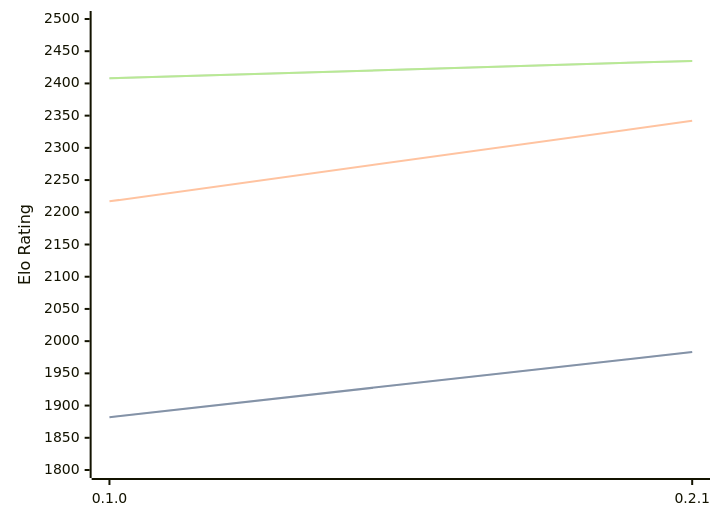
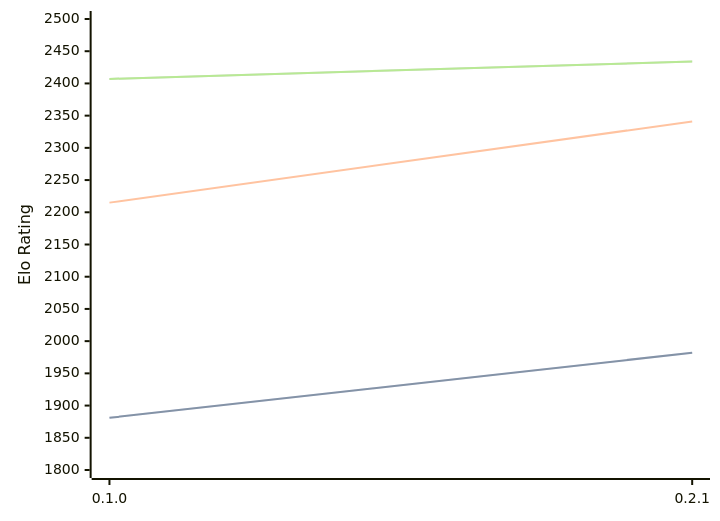
Before and after one commit to computer-chess-index/cci: the third of 3 diagrams in engines/Sykora.md, drawn with Mermaid. The commit also changed other lines of this file, not shown here.

Commit message:
Update CCI Ratings (ELO VLTC) - 2026-06-26

````diff
--- a/engines/Sykora.md
+++ b/engines/Sykora.md
@@ -66,11 +66,11 @@
 ```mermaid
 %%{init: {"theme":"base","themeVariables":{"seriesColors:['#a3a3a3','#222221','#faa371']}}}%%
 xychart-beta
   x-axis ["0.1.0", "0.2.1"]
   y-axis "Elo Rating" 1800 --> 2500
-  line "STC (8.0+0.08s)" [1882, 1983]
-  line "STC (8.0+0.08s)" [1882, 1983]
-  line "LTC (60.0+0.60s)" [2217, 2342]
-  line "VLTC (2m24s+1.12s)" [2408, 2435]
-  line "VLTC (2m24s+1.12s)" [2408, 2435]
+  line "STC (8.0+0.08s)" [1881, 1982]
+  line "STC (8.0+0.08s)" [1881, 1982]
+  line "LTC (60.0+0.60s)" [2215, 2341]
+  line "VLTC (2m24s+1.12s)" [2407, 2434]
+  line "VLTC (2m24s+1.12s)" [2407, 2434]
 ```
````
